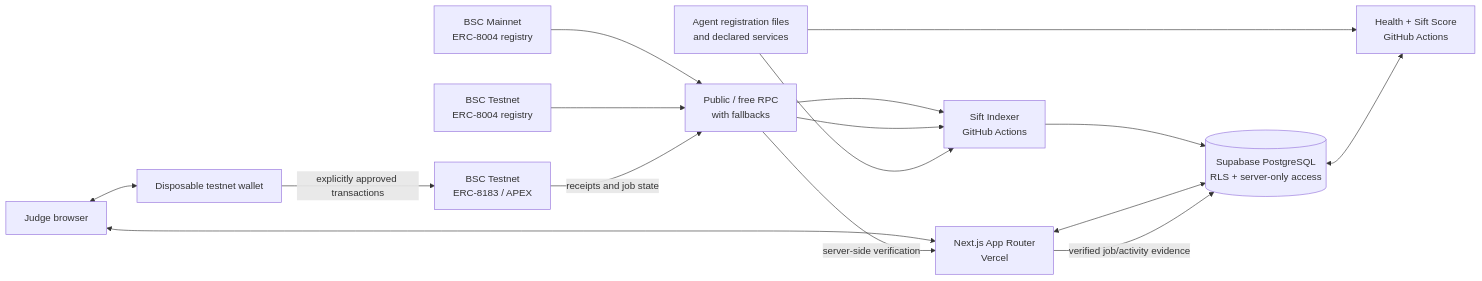
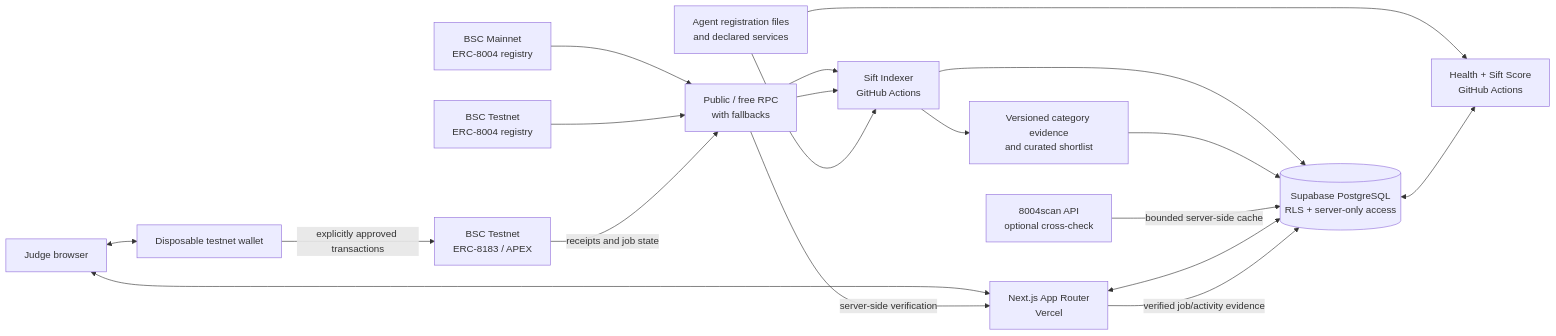
Before and after one commit to taiwo-the-dev/sift: the diagram in docs/architecture.md, drawn with Mermaid. The commit also changed other lines of this file and 57 other files, not shown here.

````diff
--- a/docs/architecture.md
+++ b/docs/architecture.md
@@ -7,28 +7,32 @@
 ```mermaid
 flowchart LR
   mainnet["BSC Mainnet\nERC-8004 registry"]
   testnet["BSC Testnet\nERC-8004 registry"]
   rpc["Public / free RPC\nwith fallbacks"]
   metadata["Agent registration files\nand declared services"]
   indexer["Sift Indexer\nGitHub Actions"]
+  taxonomy["Versioned category evidence\nand curated shortlist"]
+  scan["8004scan API\noptional cross-check"]
   assessment["Health + Sift Score\nGitHub Actions"]
   db[("Supabase PostgreSQL\nRLS + server-only access")]
   app["Next.js App Router\nVercel"]
   browser["Judge browser"]
   wallet["Disposable testnet wallet"]
   apex["BSC Testnet\nERC-8183 / APEX"]
 
   mainnet --> rpc --> indexer
   testnet --> rpc --> indexer
   metadata --> indexer
   indexer --> db
+  indexer --> taxonomy --> db
+  scan -->|"bounded server-side cache"| db
   metadata --> assessment
   db <--> assessment
   browser <--> app
   app <--> db
   browser <--> wallet
   wallet -->|"explicitly approved transactions"| apex
   apex -->|"receipts and job state"| rpc
   rpc -->|"server-side verification"| app
   app -->|"verified job/activity evidence"| db
 ```
````
